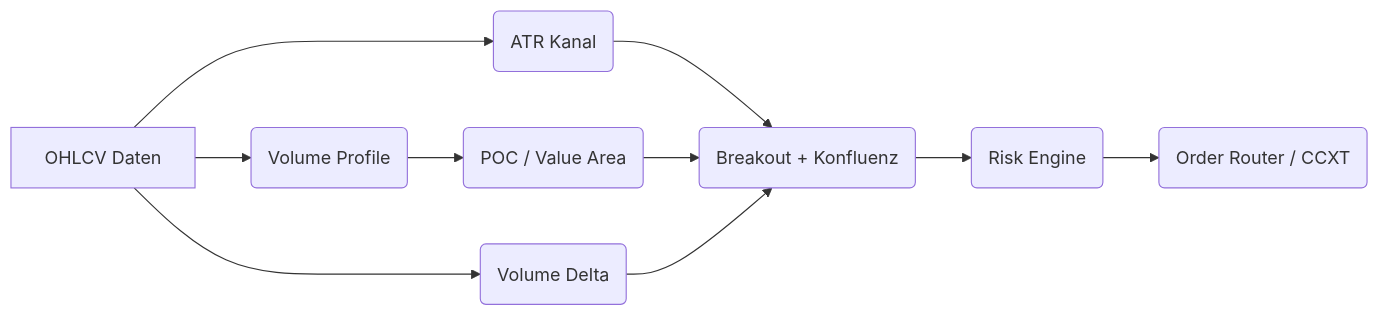
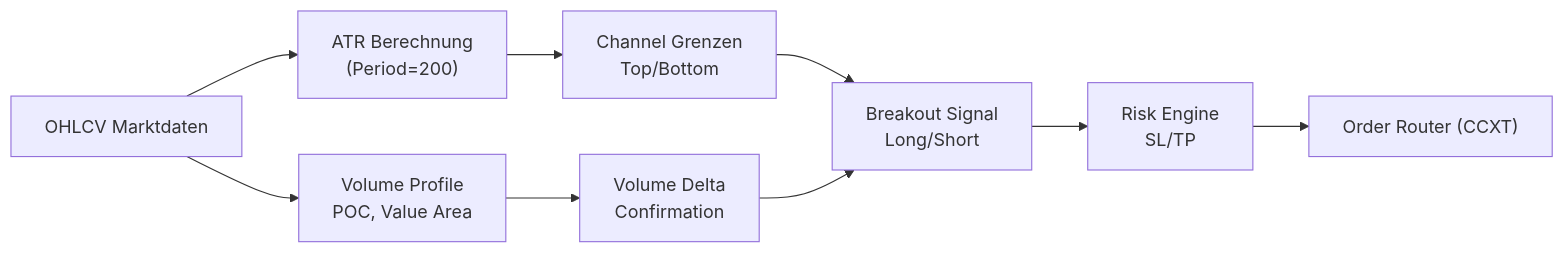
One commit to Youra82/kbot changed the diagram in README.md. Above: the diagram before and after it, drawn with Mermaid. The commit also changed other lines of this file and 84 other files, not shown here.

````diff
--- a/README.md
+++ b/README.md
@@ -39,10 +32,17 @@
 ```mermaid
 flowchart LR
-  A[OHLCV Daten] --> B(ATR Kanal)
-  A --> C(Volume Profile)
-  C --> D(POC / Value Area)
-  A --> E(Volume Delta)
-  B & D & E --> F(Breakout + Konfluenz)
-  F --> G(Risk Engine)
-  G --> H(Order Router / CCXT)
+    A["OHLCV Marktdaten"]
+    B["ATR Berechnung<br/>(Period=200)"]
+    C["Channel Grenzen<br/>Top/Bottom"]
+    D["Volume Profile<br/>POC, Value Area"]
+    E["Volume Delta<br/>Confirmation"]
+    F["Breakout Signal<br/>Long/Short"]
+    G["Risk Engine<br/>SL/TP"]
+    H["Order Router (CCXT)"]
+
+    A --> B --> C
+    A --> D --> E
+    C --> F
+    E --> F
+    F --> G --> H
 ```
````
